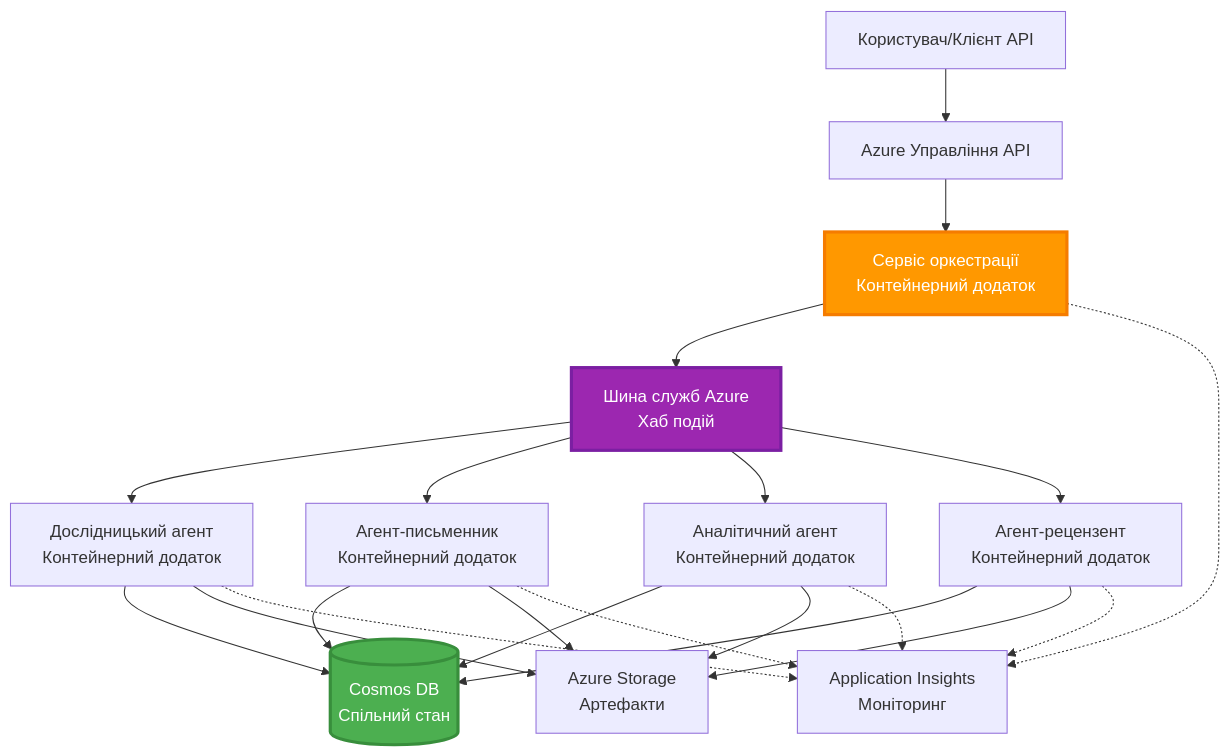
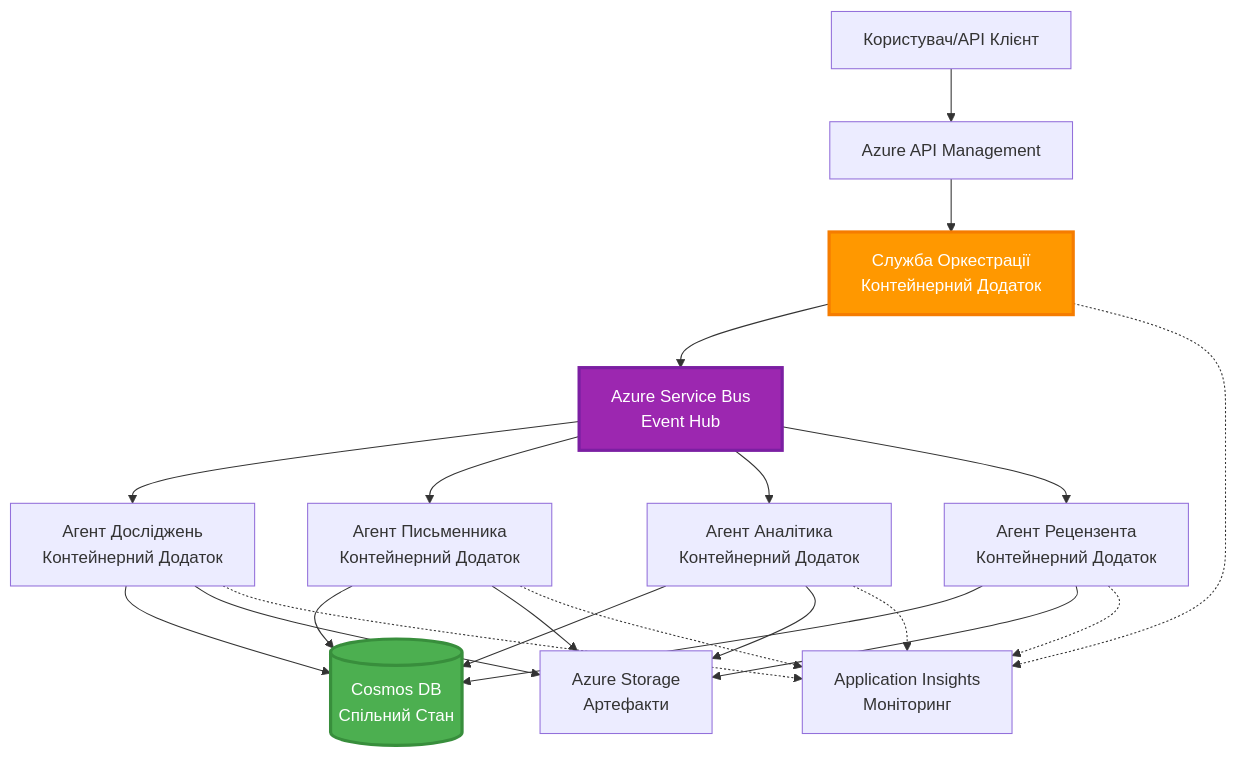
Before and after one commit to microsoft/AZD-for-beginners: the sixth of 6 diagrams in translations/uk/docs/chapter-06-pre-deployment/coordination-patterns.md, drawn with Mermaid. The commit also changed other lines of this file and 101 other files, not shown here.

````diff
--- a/translations/uk/docs/chapter-06-pre-deployment/coordination-patterns.md
+++ b/translations/uk/docs/chapter-06-pre-deployment/coordination-patterns.md
@@ -273,45 +265,45 @@
 ```mermaid
 graph TB
-    User[Користувач/Клієнт API]
-    APIM[Azure Управління API]
-    Orchestrator[Сервіс оркестрації<br/>Контейнерний додаток]
-    ServiceBus[Шина служб Azure<br/>Хаб подій]
+    User[Користувач/API Клієнт]
+    APIM[Azure API Management]
+    Orchestrator[Служба Оркестрації<br/>Контейнерний Додаток]
+    ServiceBus[Azure Service Bus<br/>Event Hub]
     
-    Agent1[Дослідницький агент<br/>Контейнерний додаток]
-    Agent2[Агент-письменник<br/>Контейнерний додаток]
-    Agent3[Аналітичний агент<br/>Контейнерний додаток]
-    Agent4[Агент-рецензент<br/>Контейнерний додаток]
+    Agent1[Агент Досліджень<br/>Контейнерний Додаток]
+    Agent2[Агент Письменника<br/>Контейнерний Додаток]
+    Agent3[Агент Аналітика<br/>Контейнерний Додаток]
+    Agent4[Агент Рецензента<br/>Контейнерний Додаток]
     
-    CosmosDB[(Cosmos DB<br/>Спільний стан)]
+    CosmosDB[(Cosmos DB<br/>Спільний Стан)]
     Storage[Azure Storage<br/>Артефакти]
     AppInsights[Application Insights<br/>Моніторинг]
     
     User --> APIM
     APIM --> Orchestrator
     
     Orchestrator --> ServiceBus
     ServiceBus --> Agent1
     ServiceBus --> Agent2
     ServiceBus --> Agent3
     ServiceBus --> Agent4
     
     Agent1 --> CosmosDB
     Agent2 --> CosmosDB
     Agent3 --> CosmosDB
     Agent4 --> CosmosDB
     
     Agent1 --> Storage
     Agent2 --> Storage
     Agent3 --> Storage
     Agent4 --> Storage
     
     Orchestrator -.-> AppInsights
     Agent1 -.-> AppInsights
     Agent2 -.-> AppInsights
     Agent3 -.-> AppInsights
     Agent4 -.-> AppInsights
     
     style Orchestrator fill:#FF9800,stroke:#F57C00,stroke-width:3px,color:#fff
     style ServiceBus fill:#9C27B0,stroke:#7B1FA2,stroke-width:3px,color:#fff
     style CosmosDB fill:#4CAF50,stroke:#388E3C,stroke-width:3px,color:#fff
 ```
````
